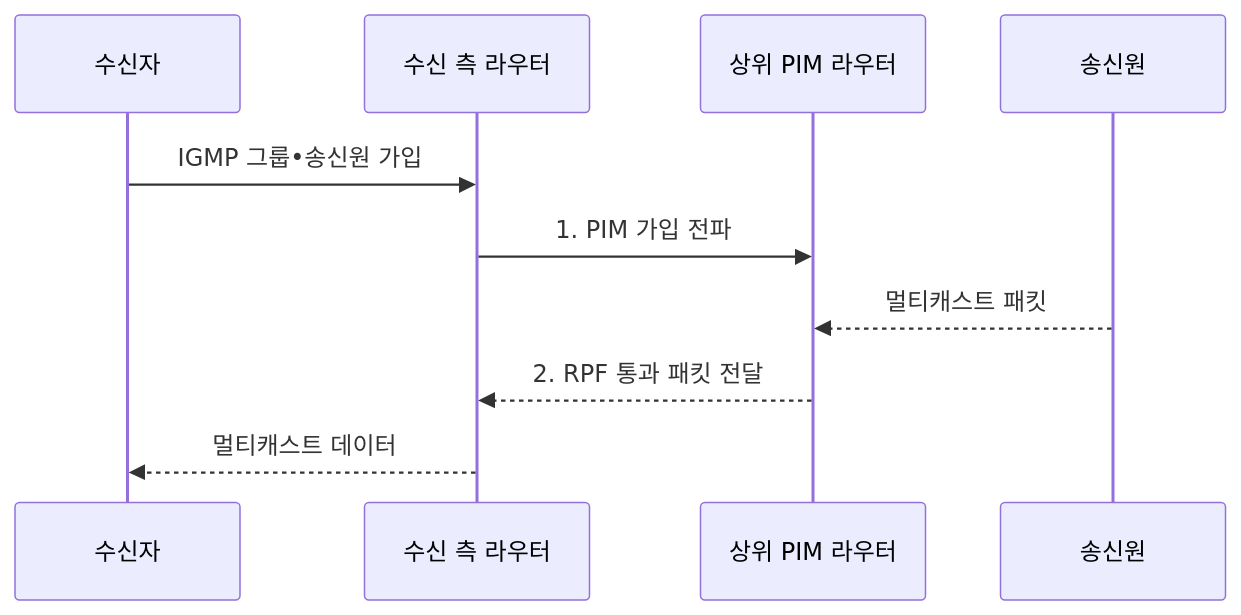
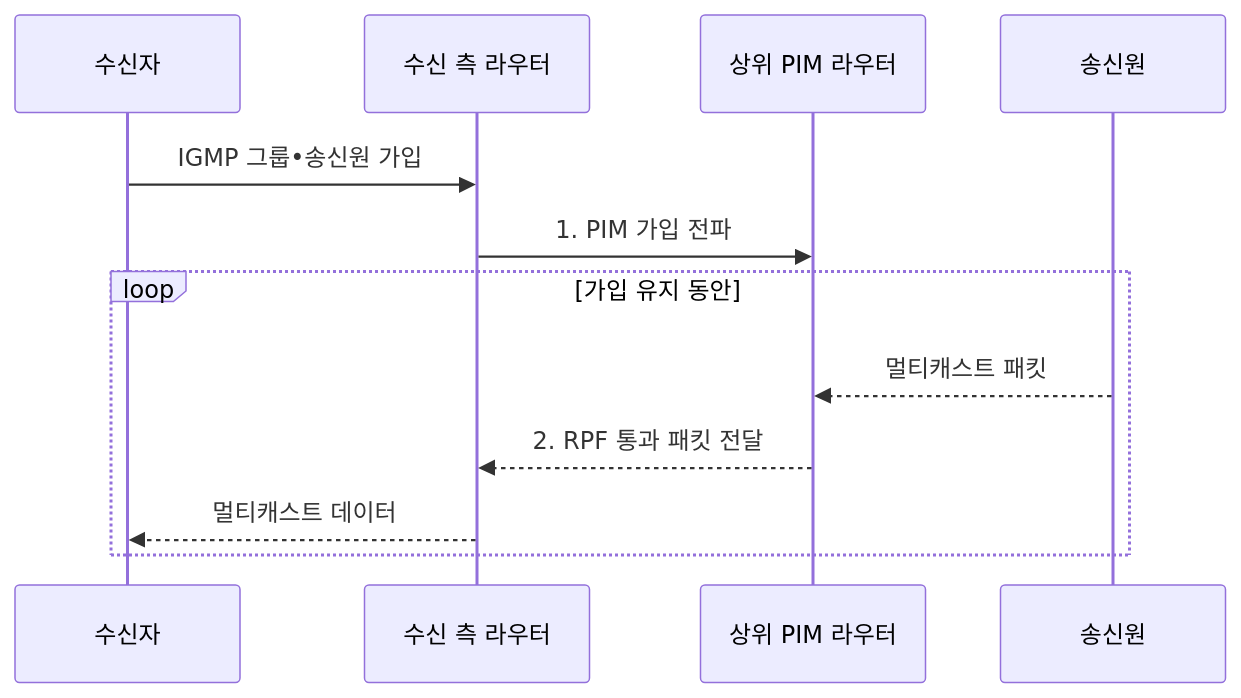
The second of 2 diagrams in src/content/docs/notes/04-network/116_multicast_igmp_pim.md (agnusdei1207/knowledge-base), drawn with Mermaid before and after one commit. The commit also changed other lines of this file and 11 other files, not shown here.

````diff
--- a/src/content/docs/notes/04-network/116_multicast_igmp_pim.md
+++ b/src/content/docs/notes/04-network/116_multicast_igmp_pim.md
@@ -97,12 +97,14 @@
 ```mermaid
 sequenceDiagram
   participant H as 수신자
   participant E as 수신 측 라우터
   participant U as 상위 PIM 라우터
   participant S as 송신원
   H->>E: IGMP 그룹•송신원 가입
   E->>U: 1. PIM 가입 전파
-  S-->>U: 멀티캐스트 패킷
-  U-->>E: 2. RPF 통과 패킷 전달
-  E-->>H: 멀티캐스트 데이터
+  loop 가입 유지 동안
+    S-->>U: 멀티캐스트 패킷
+    U-->>E: 2. RPF 통과 패킷 전달
+    E-->>H: 멀티캐스트 데이터
+  end
 ```
````
